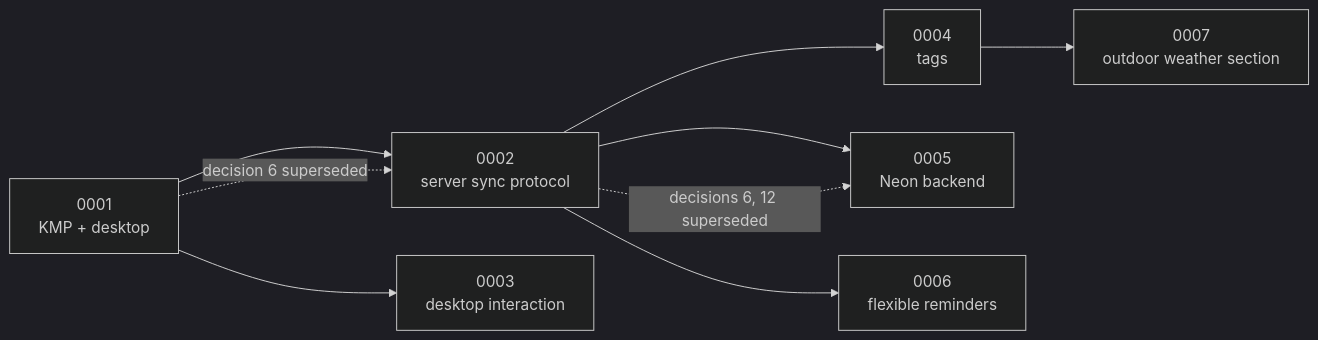
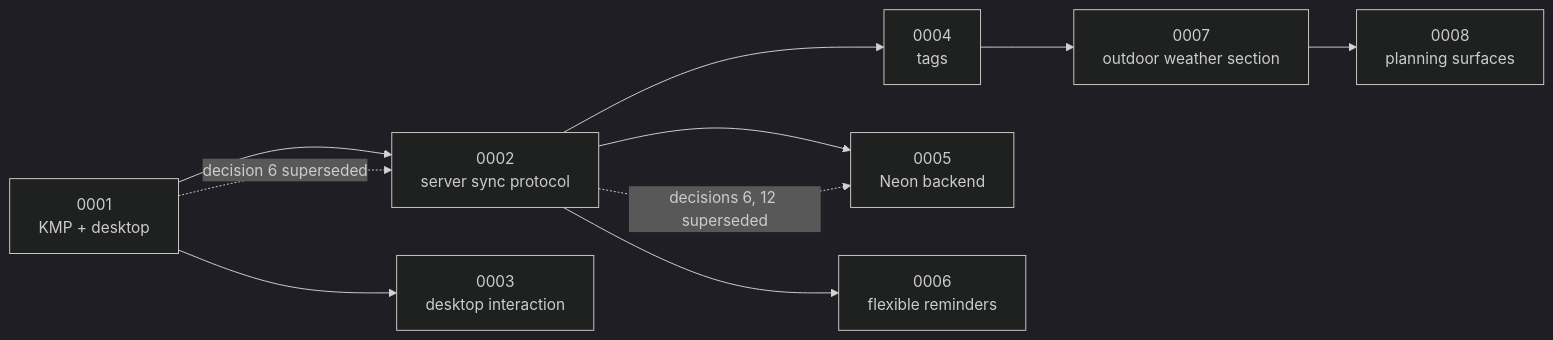
The diagram in docs/adr/README.md (viberfasend/primico), drawn with Mermaid (dark theme) before and after one commit. The commit also changed other lines of this file and 14 other files, not shown here.

````diff
--- a/docs/adr/README.md
+++ b/docs/adr/README.md
@@ -23,11 +24,12 @@
 ```mermaid
 flowchart LR
   A1["0001<br/>KMP + desktop"] --> A2["0002<br/>server sync protocol"]
   A1 --> A3["0003<br/>desktop interaction"]
   A2 --> A4["0004<br/>tags"]
   A2 --> A5["0005<br/>Neon backend"]
   A1 -. "decision 6 superseded" .-> A2
   A2 -. "decisions 6, 12 superseded" .-> A5
   A2 --> A6["0006<br/>flexible reminders"]
   A4 --> A7["0007<br/>outdoor weather section"]
+  A7 --> A8["0008<br/>planning surfaces"]
 ```
````
